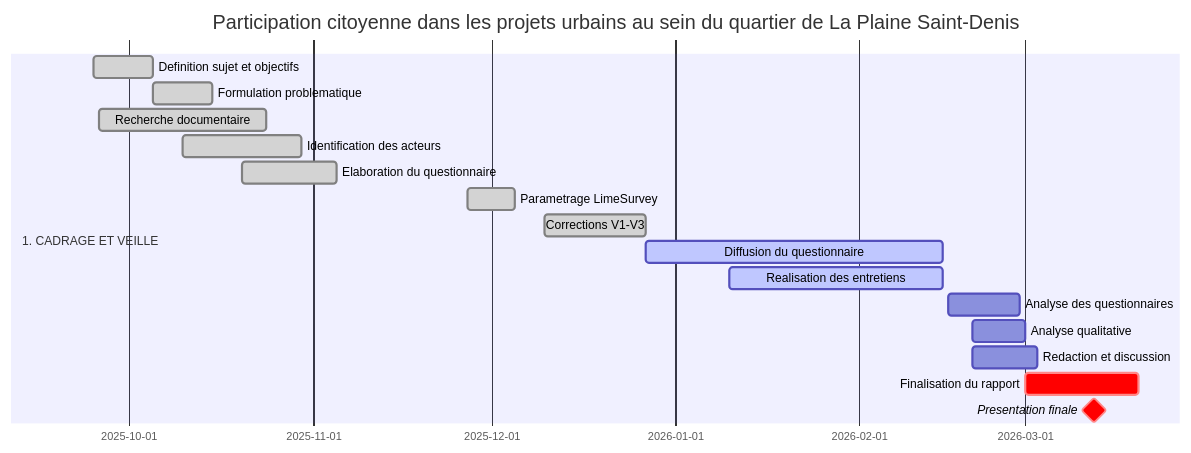
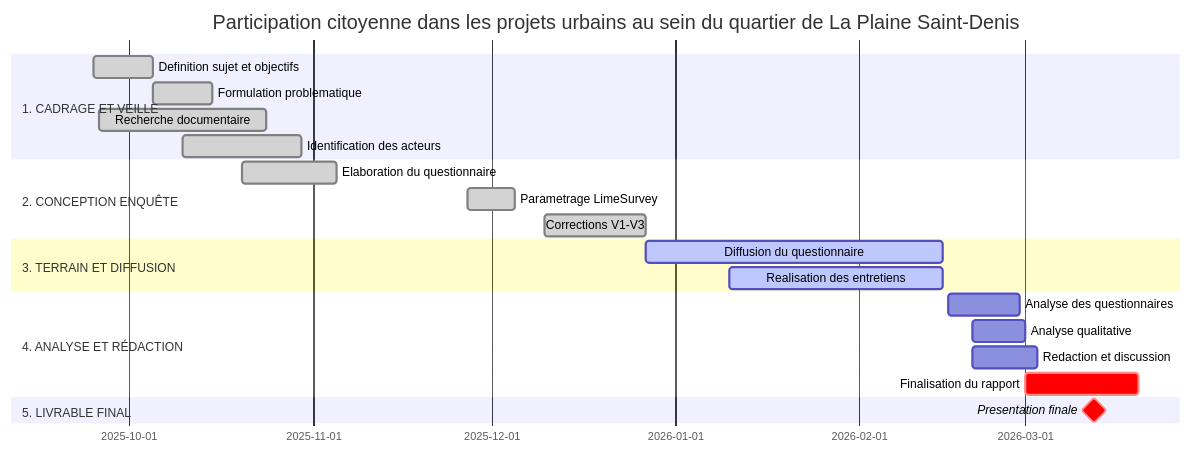
One commit to kahiarchi/LeBatiment_PlaineSaintDenis changed the diagram in etatAvancement.md. Above: the diagram before and after it, drawn with Mermaid.

Commit message:
Update sections in etatAvancement.md

````diff
--- a/etatAvancement.md
+++ b/etatAvancement.md
@@ -1,28 +1,29 @@
 ```mermaid
 gantt
     
     title Participation citoyenne dans les projets urbains au sein du quartier de La Plaine Saint-Denis
     dateFormat  YYYY-MM-DD
     section 1. CADRAGE ET VEILLE
     Definition sujet et objectifs    :done, t1, 2025-09-25, 2025-10-05
     Formulation problematique        :done, t2, 2025-10-05, 2025-10-15
     Recherche documentaire           :done, t3, 2025-09-26, 2025-10-24
     Identification des acteurs       :done, t4, 2025-10-10, 2025-10-30
 
-    
+    section 2. CONCEPTION ENQUÊTE
     Elaboration du questionnaire     :done, t7, 2025-10-20, 2025-11-05
     Parametrage LimeSurvey           :done, t8, 2025-11-27, 2025-12-05
     Corrections V1-V3                :done, t9, 2025-12-10, 2025-12-27
 
-    
+    section 3. TERRAIN ET DIFFUSION
     Diffusion du questionnaire       :active, t12, 2025-12-27, 2026-02-15
     Realisation des entretiens       :active, t15, 2026-01-10, 2026-02-15
 
-   
+    section 4. ANALYSE ET RÉDACTION
     Analyse des questionnaires       :t16, 2026-02-16, 2026-02-28
     Analyse qualitative              :t17, 2026-02-20, 2026-03-01
     Redaction et discussion          :t18, 2026-02-20, 2026-03-03
     Finalisation du rapport          :crit, t19, 2026-03-01, 2026-03-20
-    
+
+    section 5. LIVRABLE FINAL
     Presentation finale              :crit, milestone, 2026-03-05
 ```
````
